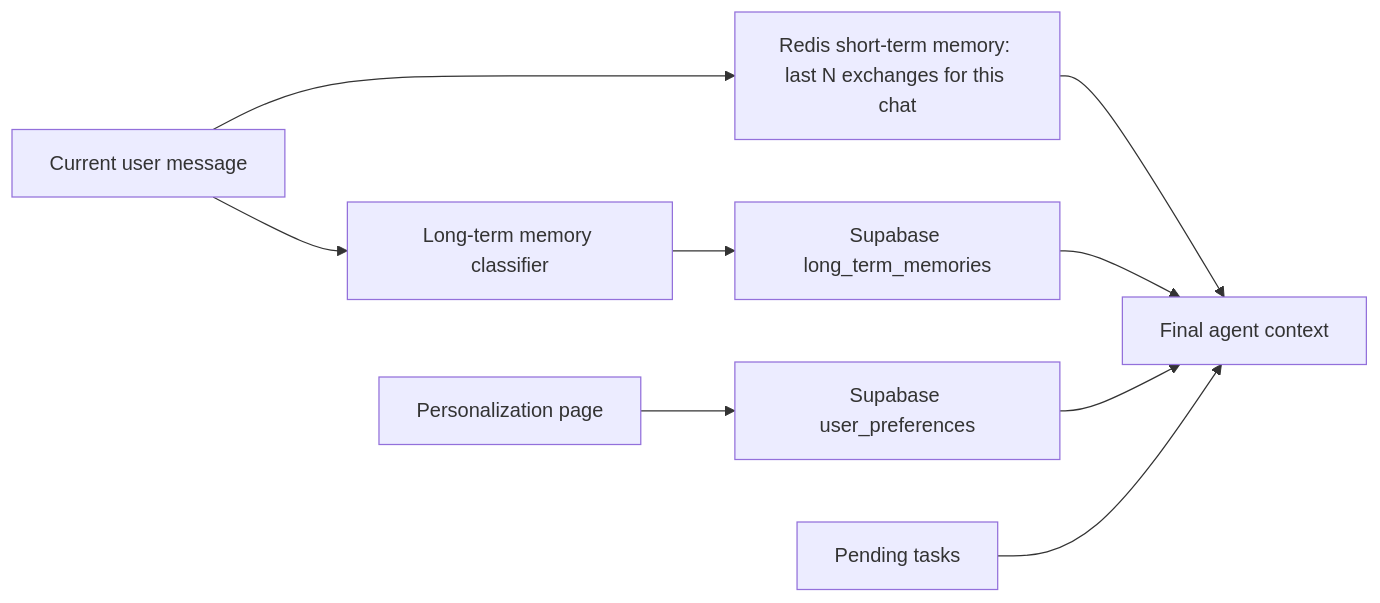
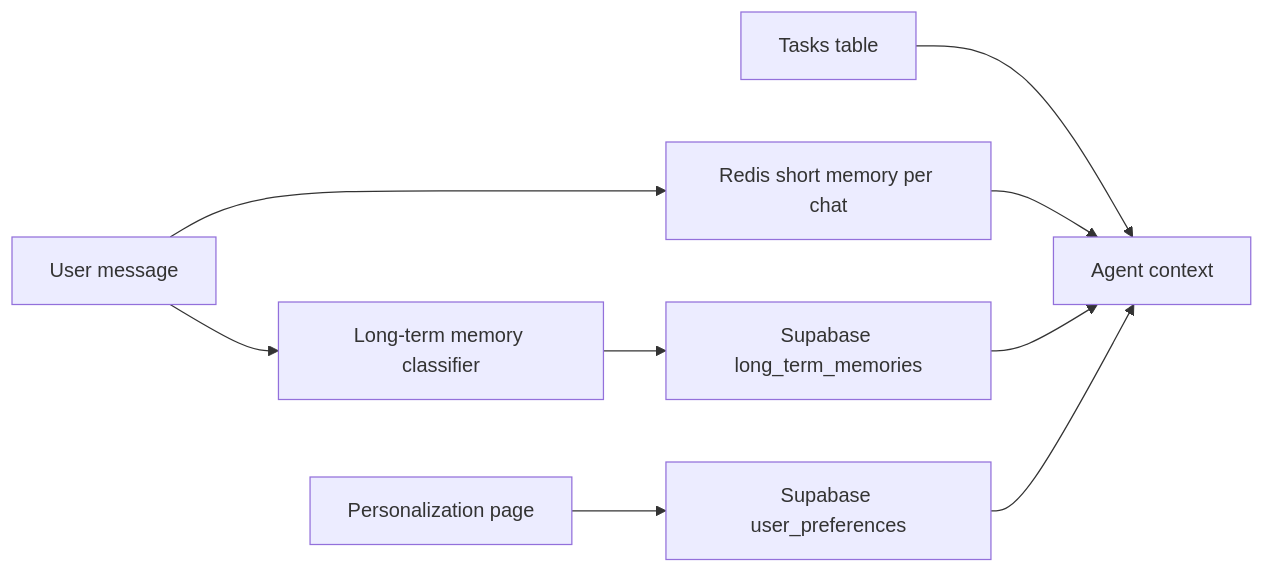
Before and after one commit to saikiranpulagalla/AgentCoolie: the fourth of 4 diagrams in README.md, drawn with Mermaid. The commit also changed other lines of this file and 48 other files, not shown here.

````diff
--- a/README.md
+++ b/README.md
@@ -103,11 +151,11 @@
 ```mermaid
 flowchart LR
-  Chat["Current user message"] --> Short["Redis short-term memory: last N exchanges for this chat"]
-  Chat --> Long["Long-term memory classifier"]
-  Long --> Facts["Supabase long_term_memories"]
-  Pref["Personalization page"] --> PrefDB["Supabase user_preferences"]
-  Short --> Prompt["Final agent context"]
+  Msg["User message"] --> Short["Redis short memory per chat"]
+  Msg --> Classifier["Long-term memory classifier"]
+  Classifier --> Facts["Supabase long_term_memories"]
+  PrefUI["Personalization page"] --> Prefs["Supabase user_preferences"]
+  Tasks["Tasks table"] --> Prompt["Agent context"]
+  Short --> Prompt
   Facts --> Prompt
-  PrefDB --> Prompt
-  Tasks["Pending tasks"] --> Prompt
+  Prefs --> Prompt
 ```
````
